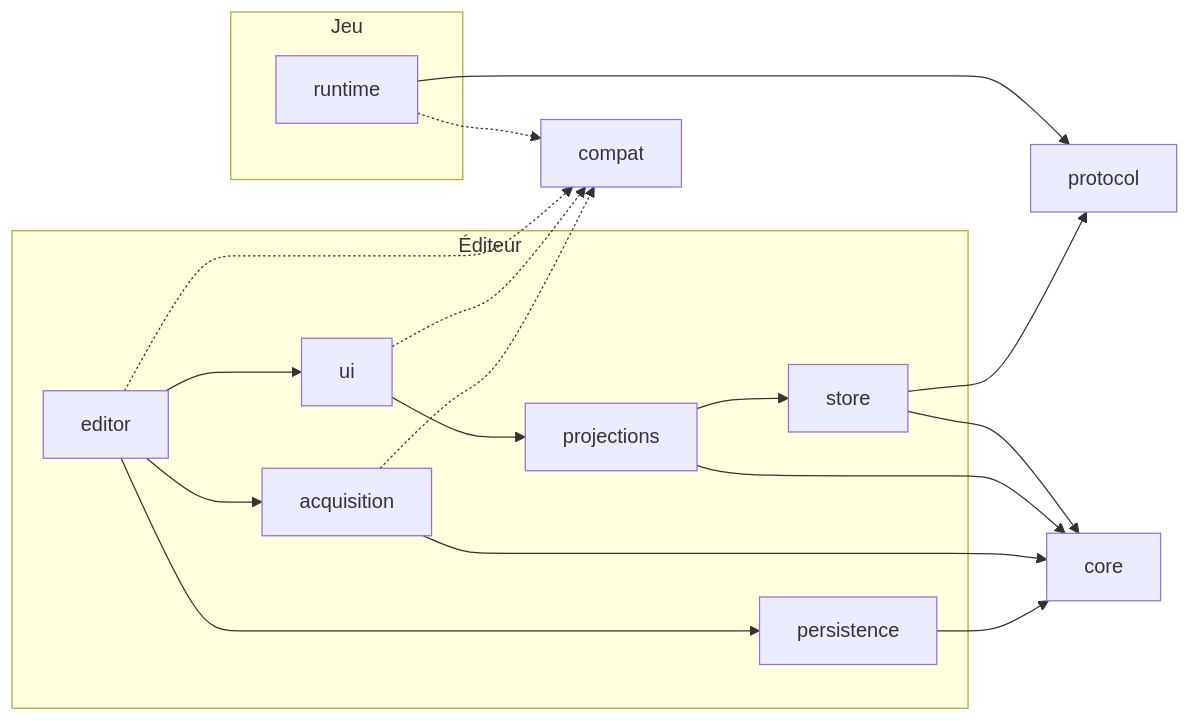
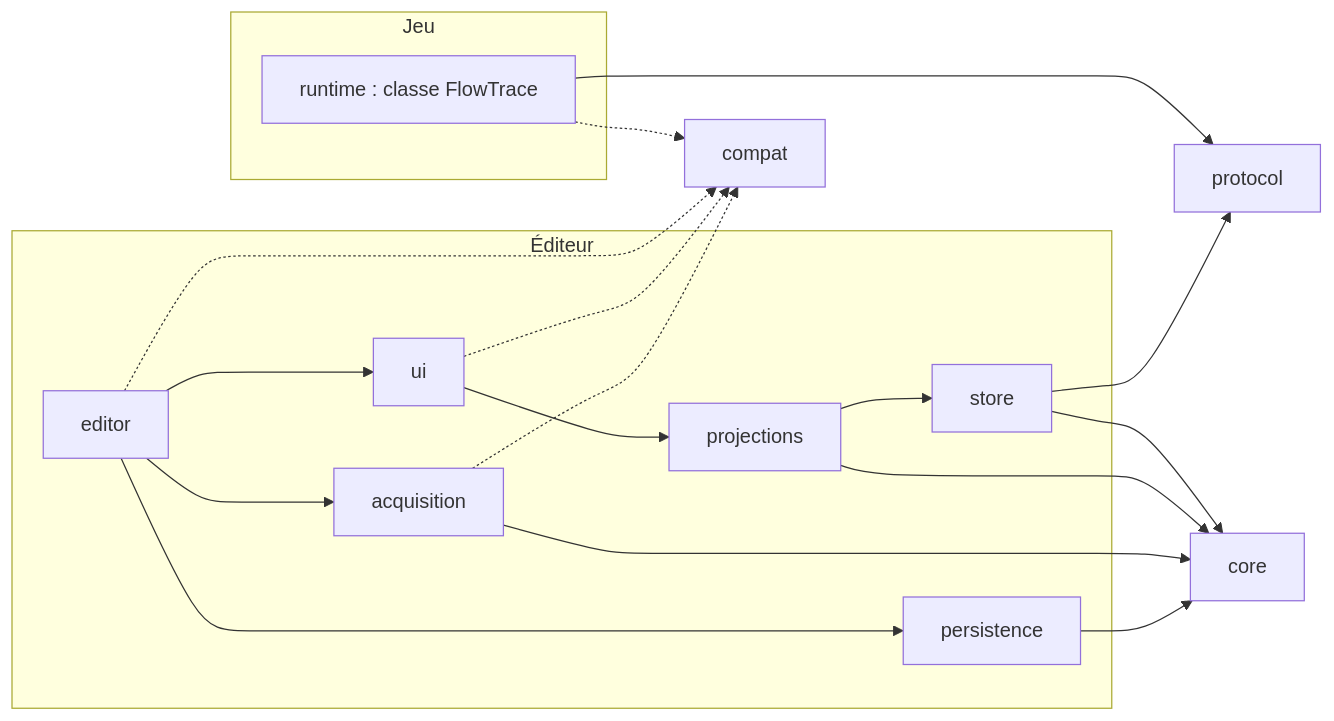
Before and after one commit to francoisduperier167-jpg/GODOT_DEV_MAPPER: the diagram in docs/plan-directeur.md, drawn with Mermaid. The commit also changed other lines of this file and 3 other files, not shown here.

````diff
--- a/docs/plan-directeur.md
+++ b/docs/plan-directeur.md
@@ -109,23 +126,23 @@
 ```mermaid
 flowchart LR
   subgraph Jeu
-    RT[runtime]
+    RT[runtime : classe FlowTrace]
   end
   subgraph Éditeur
     ED[editor] --> UI[ui]
     UI --> PJ[projections]
     PJ --> ST[store]
     ED --> AQ[acquisition]
     ED --> PS[persistence]
   end
   RT --> PR[protocol]
   ST --> PR
   ST --> CO[core]
   PJ --> CO
   AQ --> CO
   PS --> CO
   RT -.-> CP[compat]
   ED -.-> CP
   UI -.-> CP
   AQ -.-> CP
 ```
````
